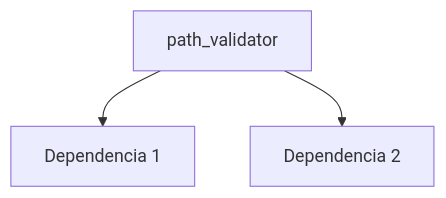
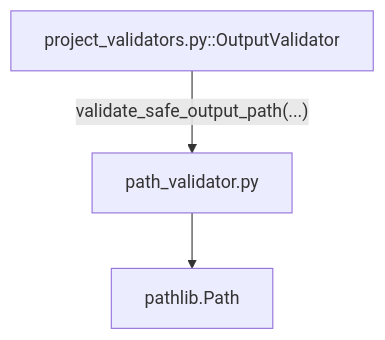
One commit to geociencio/sec_interp changed the diagram in docs/code_walkthrough_v2/path_validator.md. Above: the diagram before and after it, drawn with Mermaid. The commit also changed other lines of this file and 99 other files, not shown here.

````diff
--- a/docs/code_walkthrough_v2/path_validator.md
+++ b/docs/code_walkthrough_v2/path_validator.md
@@ -40,6 +50,9 @@
 ```mermaid
 graph TD
-    A["path_validator"]
-    A --> B["Dependencia 1"]
-    A --> C["Dependencia 2"]
+    PV["path_validator.py"]
+    PL["pathlib.Path"]
+    OV["project_validators.py::OutputValidator"]
+
+    PV --> PL
+    OV -->|"validate_safe_output_path(...)"| PV
 ```
````
